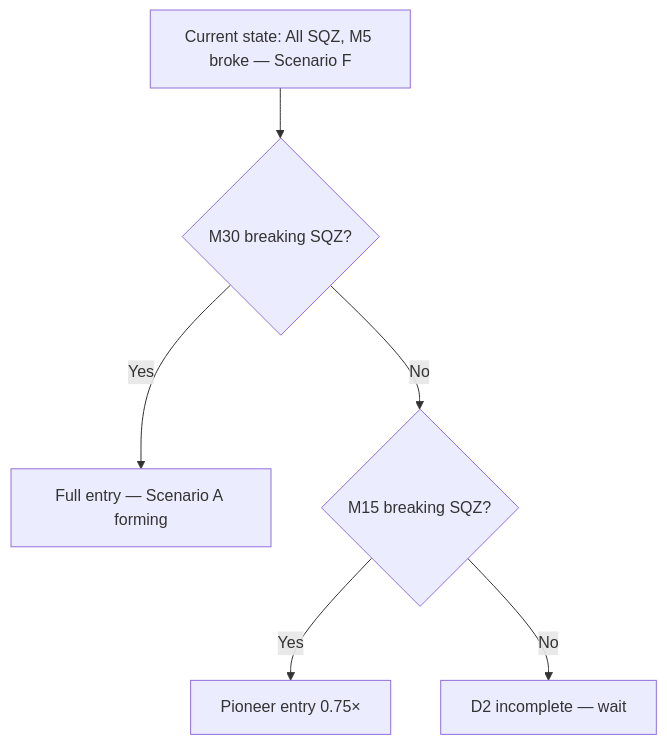
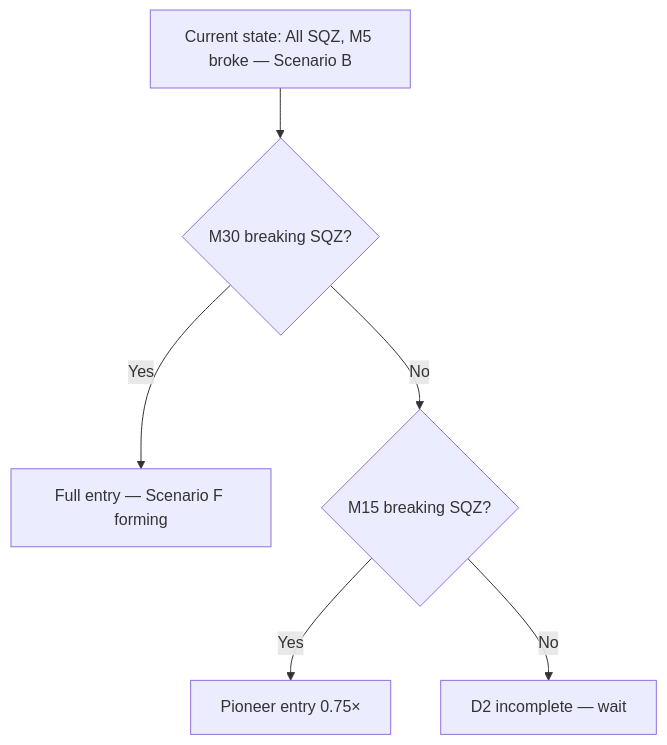
The sixth of 12 diagrams in references/IMAGE_ANALYSIS.md (Terrypang89/BB_MTF_M15_STRATEGY), drawn with Mermaid before and after one commit. The commit also changed other lines of this file and 12 other files, not shown here.

````diff
--- a/references/IMAGE_ANALYSIS.md
+++ b/references/IMAGE_ANALYSIS.md
@@ -408,9 +408,9 @@
 ```mermaid
 flowchart TD
-    A["Current state: All SQZ, M5 broke — Scenario F"]
+    A["Current state: All SQZ, M5 broke — Scenario B"]
     A --> B{"M30 breaking SQZ?"}
-    B -->|Yes| C["Full entry — Scenario A forming"]
+    B -->|Yes| C["Full entry — Scenario F forming"]
     B -->|No| D{"M15 breaking SQZ?"}
     D -->|Yes| E["Pioneer entry 0.75×"]
     D -->|No| F["D2 incomplete — wait"]
 ```
````
